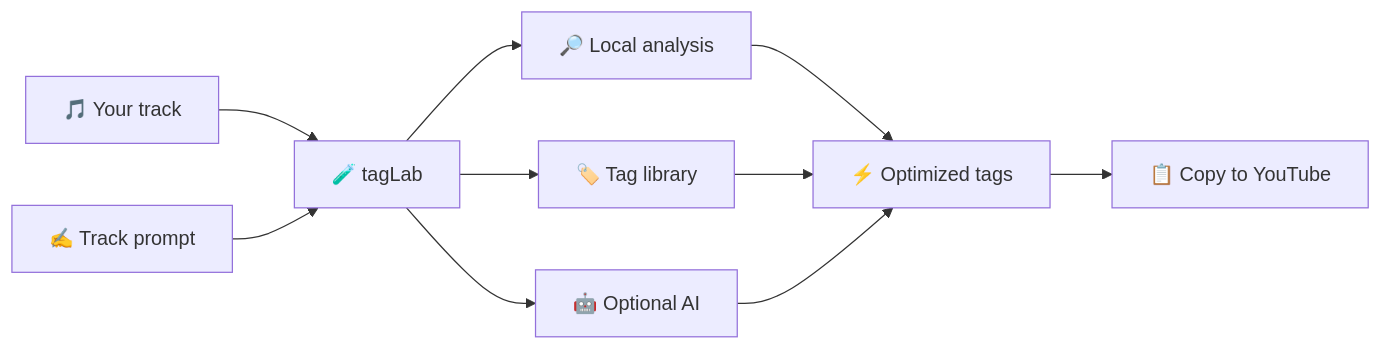
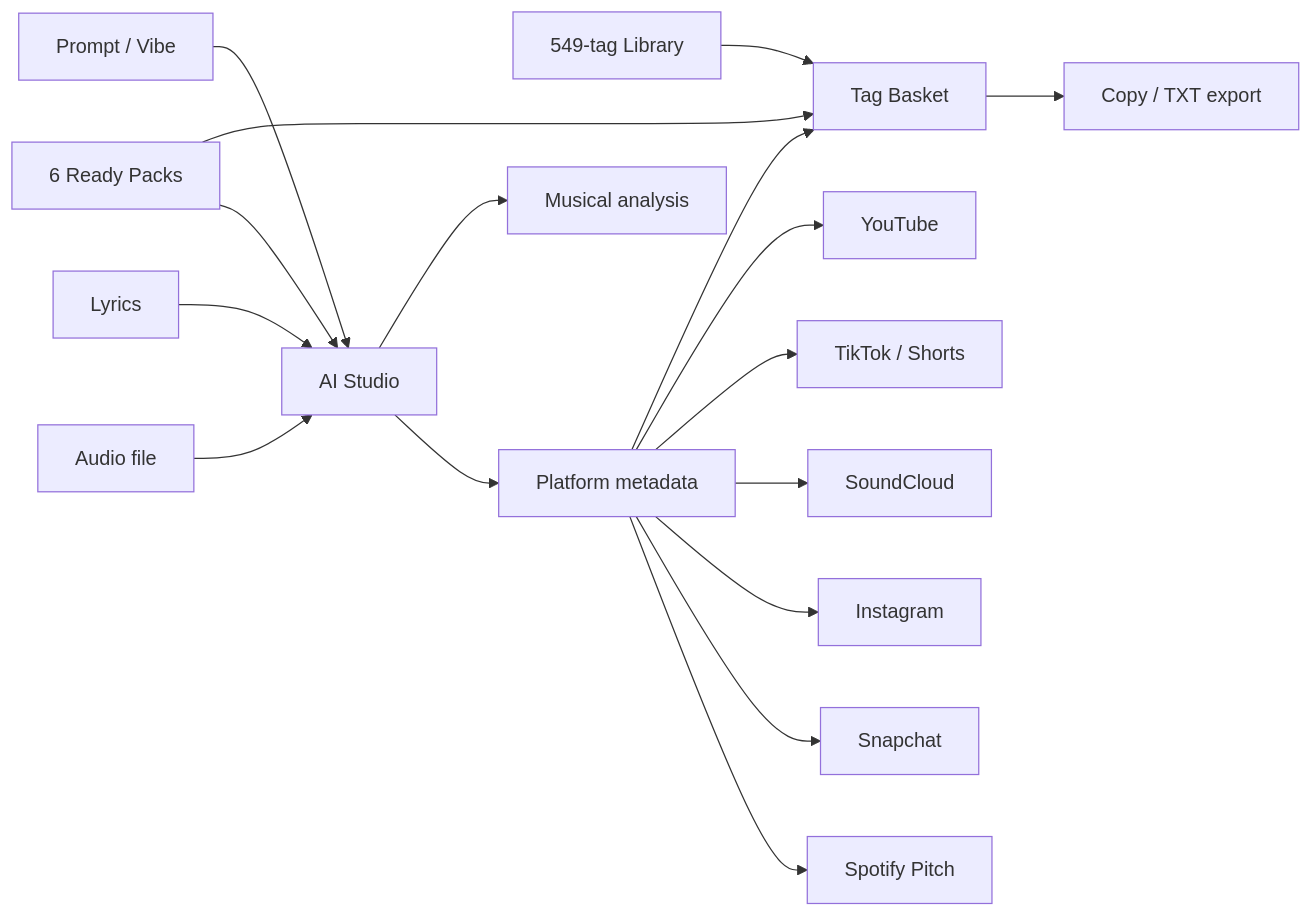
Before and after one commit to DissidentAI/tagLab-: the first of 6 diagrams in README.md, drawn with Mermaid. The commit also changed other lines of this file, not shown here.

Commit message:
docs: rewrite README from current application architecture

````diff
--- a/README.md
+++ b/README.md
@@ -45,12 +41,20 @@
 ```mermaid
 flowchart LR
-    A[🎵 Your track] --> B[🧪 tagLab]
-    C[✍️ Track prompt] --> B
-    B --> D[🔎 Local analysis]
-    B --> E[🏷️ Tag library]
-    B --> F[🤖 Optional AI]
-    D --> G[⚡ Optimized tags]
-    E --> G
-    F --> G
-    G --> H[📋 Copy to YouTube]
+    A[549-tag Library] --> D[Tag Basket]
+    B[6 Ready Packs] --> D
+    B --> C[AI Studio]
+    E[Prompt / Vibe] --> C
+    F[Lyrics] --> C
+    G[Audio file] --> C
+    C --> H[Musical analysis]
+    C --> I[Platform metadata]
+    I --> D
+    D --> J[Copy / TXT export]
+
+    I --> Y[YouTube]
+    I --> T[TikTok / Shorts]
+    I --> S[SoundCloud]
+    I --> IG[Instagram]
+    I --> SC[Snapchat]
+    I --> SP[Spotify Pitch]
 ```
````
